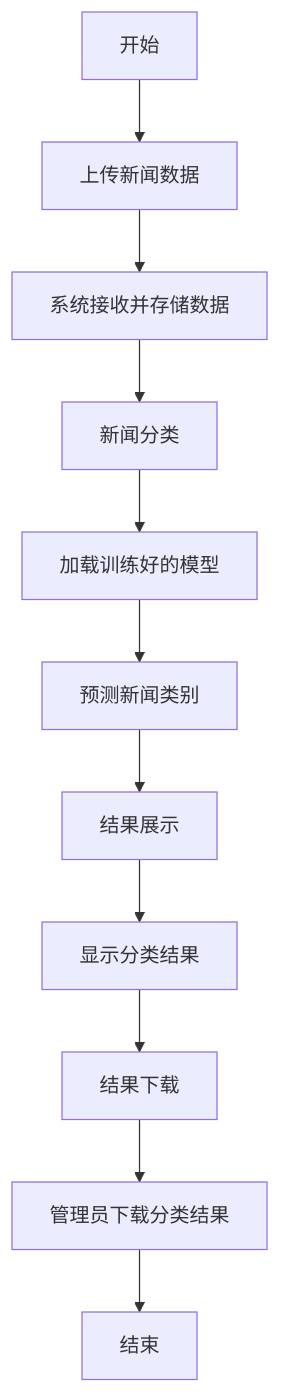
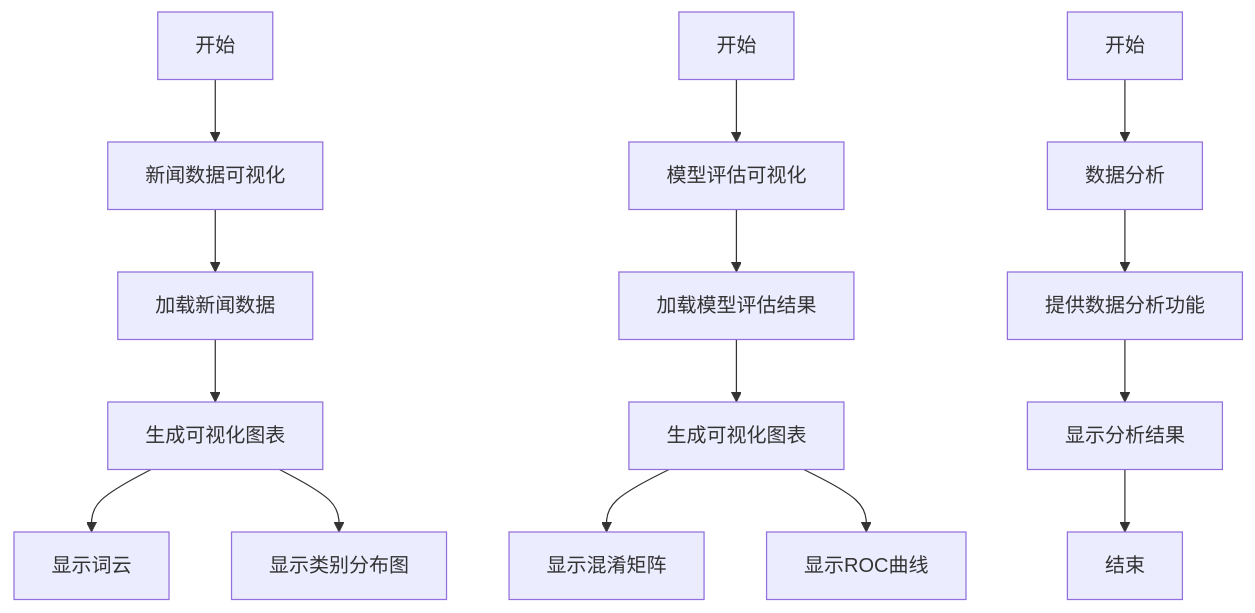
Before and after one commit to zizairufeng/iodraw-files: the diagram in all/未命名.md, drawn with Mermaid.

Commit message:
2025-03-23 16:16:17 update

````diff
--- a/all/未命名.md
+++ b/all/未命名.md
@@ -1,13 +1,19 @@
 ```mermaid
 graph TD
-    Start[开始] --> A[上传新闻数据]
-    A --> B[系统接收并存储数据]
-    B --> C[新闻分类]
-    C --> D[加载训练好的模型]
-    D --> E[预测新闻类别]
-    E --> F[结果展示]
-    F --> G[显示分类结果]
-    G --> H[结果下载]
-    H --> I[管理员下载分类结果]
-    I --> End[结束]
+    Start[开始] --> A[新闻数据可视化]
+    A --> B[加载新闻数据]
+    B --> C[生成可视化图表]
+    C --> D[显示词云]
+    C --> E[显示类别分布图]
+
+    Start2[开始] --> F[模型评估可视化]
+    F --> G[加载模型评估结果]
+    G --> H[生成可视化图表]
+    H --> I[显示混淆矩阵]
+    H --> J[显示ROC曲线]
+
+    Start3[开始] --> K[数据分析]
+    K --> L[提供数据分析功能]
+    L --> M[显示分析结果]
+    M --> End[结束]
 ```
````
